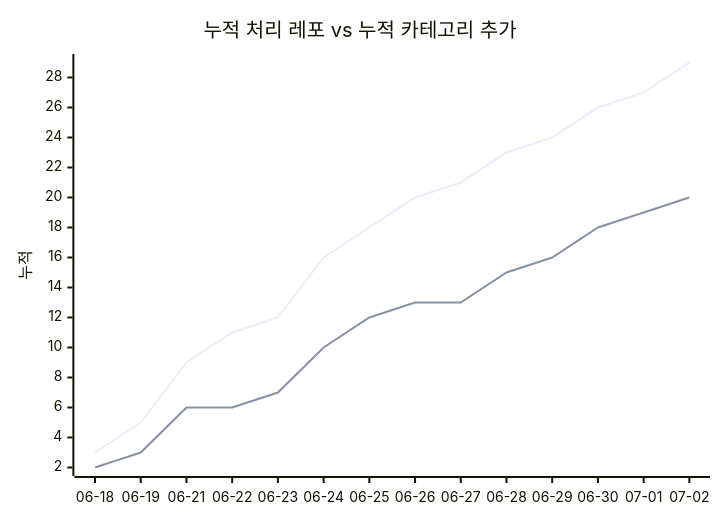
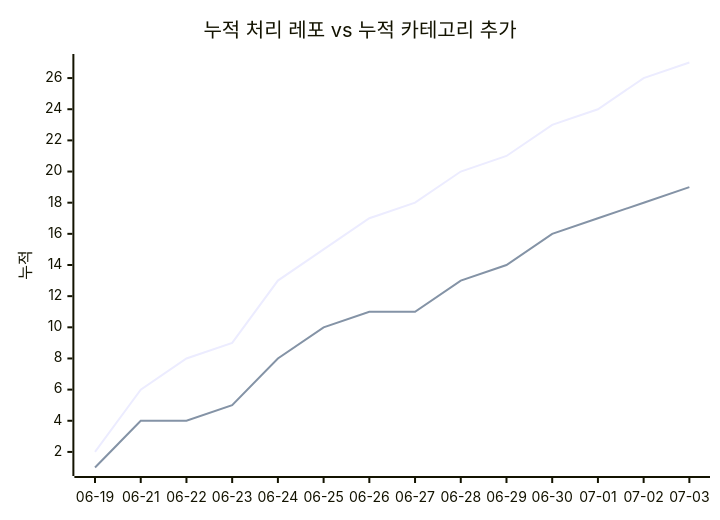
One commit to J-nowcow/awesome-korean-agent-skills changed the second of 2 diagrams in docs/trends.md. Above: the diagram before and after it, drawn with Mermaid. The commit also changed other lines of this file and 3 other files, not shown here.

````diff
--- a/docs/trends.md
+++ b/docs/trends.md
@@ -68,8 +68,8 @@
 ```mermaid
 xychart-beta
     title "누적 처리 레포 vs 누적 카테고리 추가"
-    x-axis ["06-18","06-19","06-21","06-22","06-23","06-24","06-25","06-26","06-27","06-28","06-29","06-30","07-01","07-02"]
+    x-axis ["06-19","06-21","06-22","06-23","06-24","06-25","06-26","06-27","06-28","06-29","06-30","07-01","07-02","07-03"]
     y-axis "누적"
-    line [3,5,9,11,12,16,18,20,21,23,24,26,27,29]
-    line [2,3,6,6,7,10,12,13,13,15,16,18,19,20]
+    line [2,6,8,9,13,15,17,18,20,21,23,24,26,27]
+    line [1,4,4,5,8,10,11,11,13,14,16,17,18,19]
 ```
````
